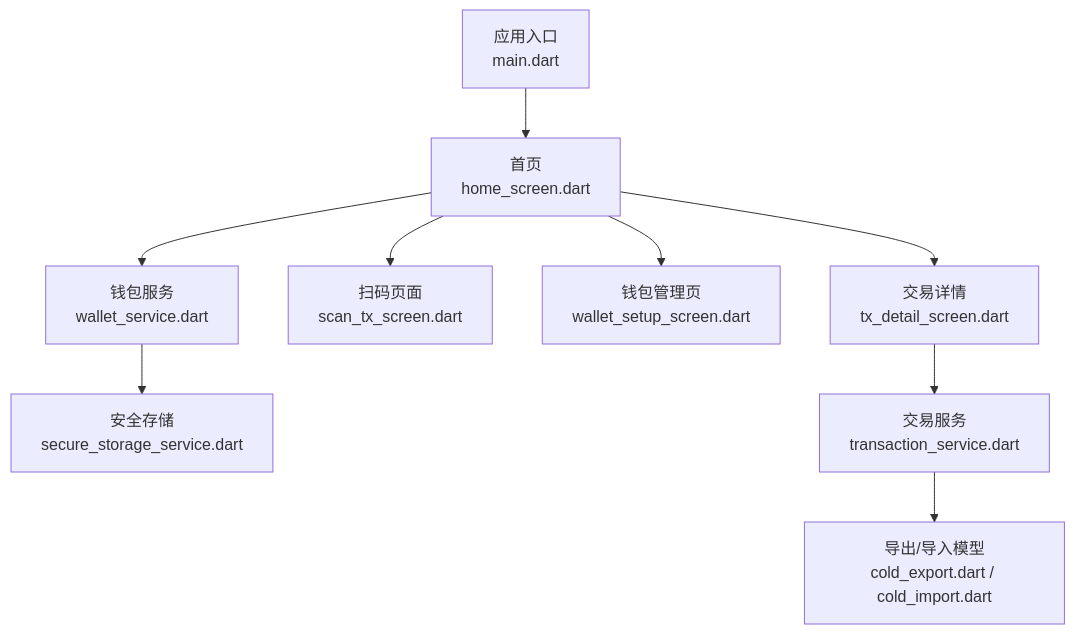
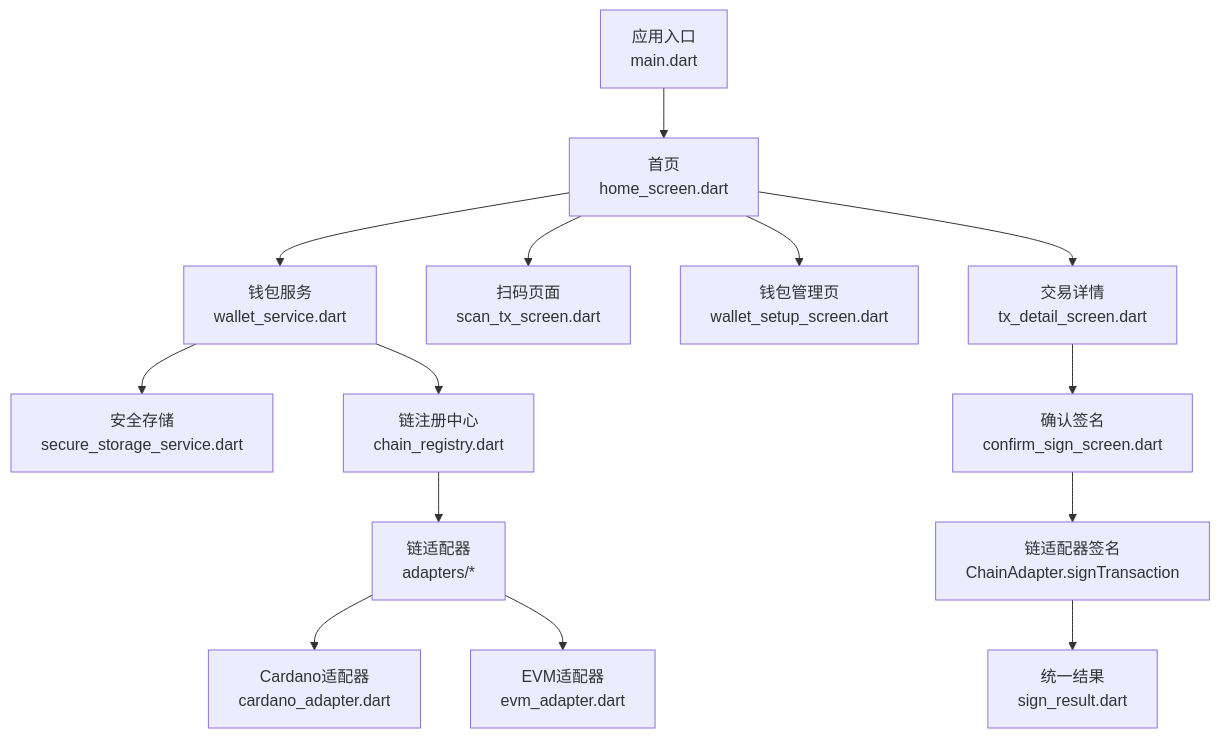
Before and after one commit to EqualToEthan/stasis: the first of 4 diagrams in .qoder/repowiki/zh/content/用户界面/冷钱包App界面/首页界面.md, drawn with Mermaid. The commit also changed other lines of this file and 40 other files, not shown here.

````diff
--- a/.qoder/repowiki/zh/content/用户界面/冷钱包App界面/首页界面.md
+++ b/.qoder/repowiki/zh/content/用户界面/冷钱包App界面/首页界面.md
@@ -46,11 +63,16 @@
 ```mermaid
 graph TB
 A["应用入口<br/>main.dart"] --> B["首页<br/>home_screen.dart"]
 B --> C["钱包服务<br/>wallet_service.dart"]
 C --> D["安全存储<br/>secure_storage_service.dart"]
-B --> E["扫码页面<br/>scan_tx_screen.dart"]
-B --> F["钱包管理页<br/>wallet_setup_screen.dart"]
-B --> G["交易详情<br/>tx_detail_screen.dart"]
-G --> H["交易服务<br/>transaction_service.dart"]
-H --> I["导出/导入模型<br/>cold_export.dart / cold_import.dart"]
+C --> E["链注册中心<br/>chain_registry.dart"]
+E --> F["链适配器<br/>adapters/*"]
+F --> G["Cardano适配器<br/>cardano_adapter.dart"]
+F --> H["EVM适配器<br/>evm_adapter.dart"]
+B --> I["扫码页面<br/>scan_tx_screen.dart"]
+B --> J["钱包管理页<br/>wallet_setup_screen.dart"]
+B --> K["交易详情<br/>tx_detail_screen.dart"]
+K --> L["确认签名<br/>confirm_sign_screen.dart"]
+L --> M["链适配器签名<br/>ChainAdapter.signTransaction"]
+M --> N["统一结果<br/>sign_result.dart"]
 ```
````
